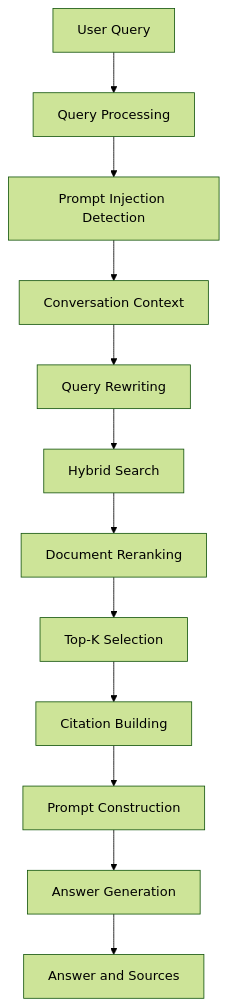
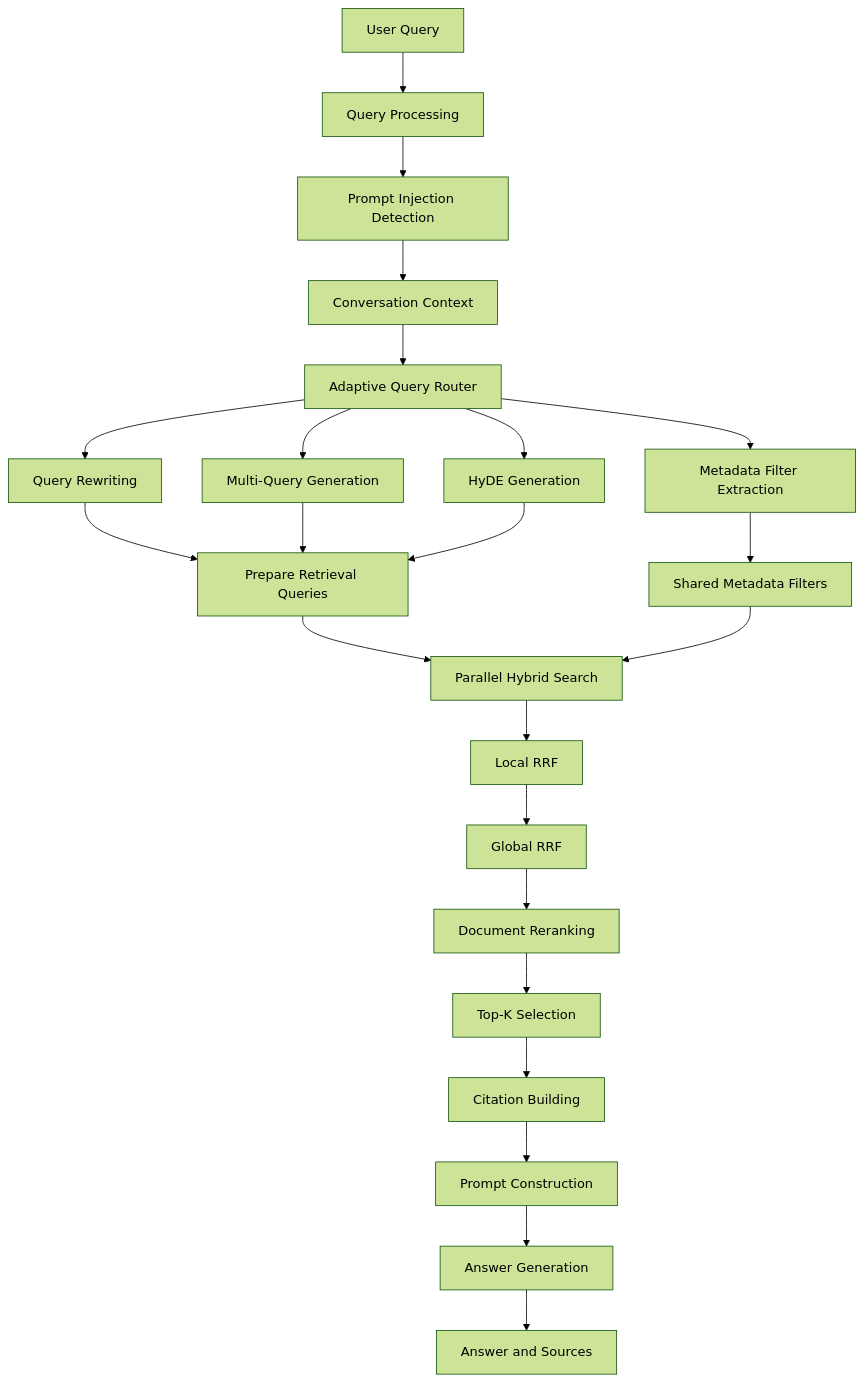
The diagram in README.md (legal-rag-org/egyptian-legal-rag), drawn with Mermaid (forest theme) before and after one commit. The commit also changed other lines of this file, not shown here.

````diff
--- a/README.md
+++ b/README.md
@@ -39,14 +39,29 @@
 ```mermaid
 flowchart TD
     A[User Query] --> B[Query Processing]
     B --> C[Prompt Injection Detection]
     C --> D[Conversation Context]
-    D --> E[Query Rewriting]
-    E --> F[Hybrid Search]
-    F --> G[Document Reranking]
-    G --> H[Top-K Selection]
-    H --> I[Citation Building]
-    I --> J[Prompt Construction]
-    J --> K[Answer Generation]
-    K --> L[Answer and Sources]
+    D --> E[Adaptive Query Router]
+
+    E --> F[Query Rewriting]
+    E --> G[Multi-Query Generation]
+    E --> H[HyDE Generation]
+    E --> I[Metadata Filter Extraction]
+
+    F --> J[Prepare Retrieval Queries]
+    G --> J
+    H --> J
+
+    I --> K[Shared Metadata Filters]
+    J --> L[Parallel Hybrid Search]
+    K --> L
+
+    L --> M[Local RRF]
+    M --> N[Global RRF]
+    N --> O[Document Reranking]
+    O --> P[Top-K Selection]
+    P --> Q[Citation Building]
+    Q --> R[Prompt Construction]
+    R --> S[Answer Generation]
+    S --> T[Answer and Sources]
 ```
````
